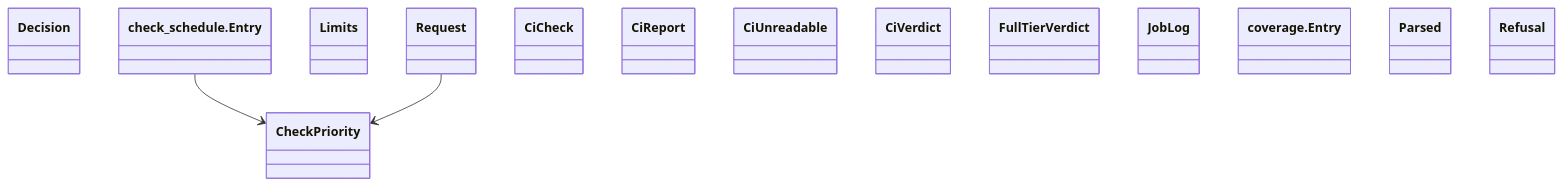
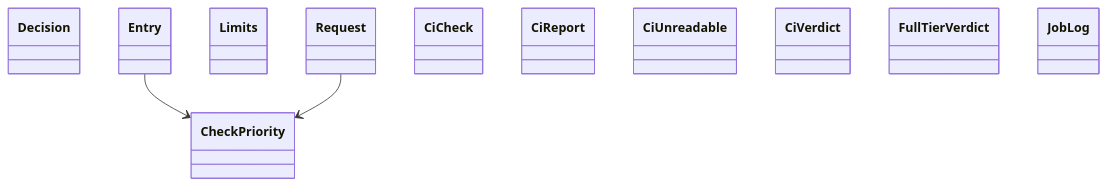
One commit to GonzaloZevallos/agentic-system changed the diagram in docs/architecture/generated/classes-process-domain-checks-1.md. Above: the diagram before and after it, drawn with Mermaid. The commit also changed other lines of this file and 22 other files, not shown here.

````diff
--- a/docs/architecture/generated/classes-process-domain-checks-1.md
+++ b/docs/architecture/generated/classes-process-domain-checks-1.md
@@ -20,19 +21,16 @@
 ```mermaid
 classDiagram
     class check_schedule__CheckPriority["CheckPriority"]
     class check_schedule__Decision["Decision"]
-    class check_schedule__Entry["check_schedule.Entry"]
+    class check_schedule__Entry["Entry"]
     class check_schedule__Limits["Limits"]
     class check_schedule__Request["Request"]
     class ci__CiCheck["CiCheck"]
     class ci__CiReport["CiReport"]
     class ci__CiUnreadable["CiUnreadable"]
     class ci__CiVerdict["CiVerdict"]
     class ci__FullTierVerdict["FullTierVerdict"]
     class ci__JobLog["JobLog"]
-    class coverage__Entry["coverage.Entry"]
-    class coverage__Parsed["Parsed"]
-    class coverage__Refusal["Refusal"]
     check_schedule__Entry --> check_schedule__CheckPriority
     check_schedule__Request --> check_schedule__CheckPriority
 ```
````
